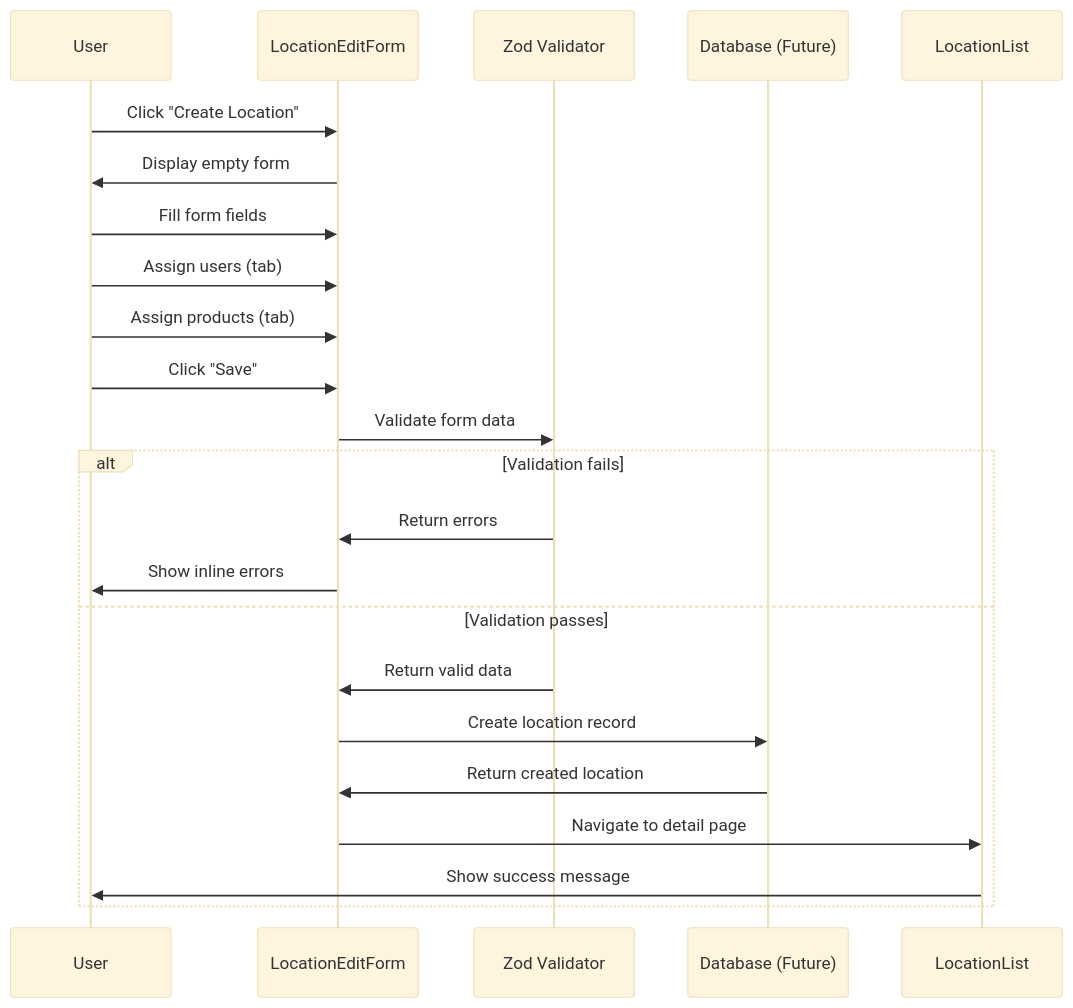
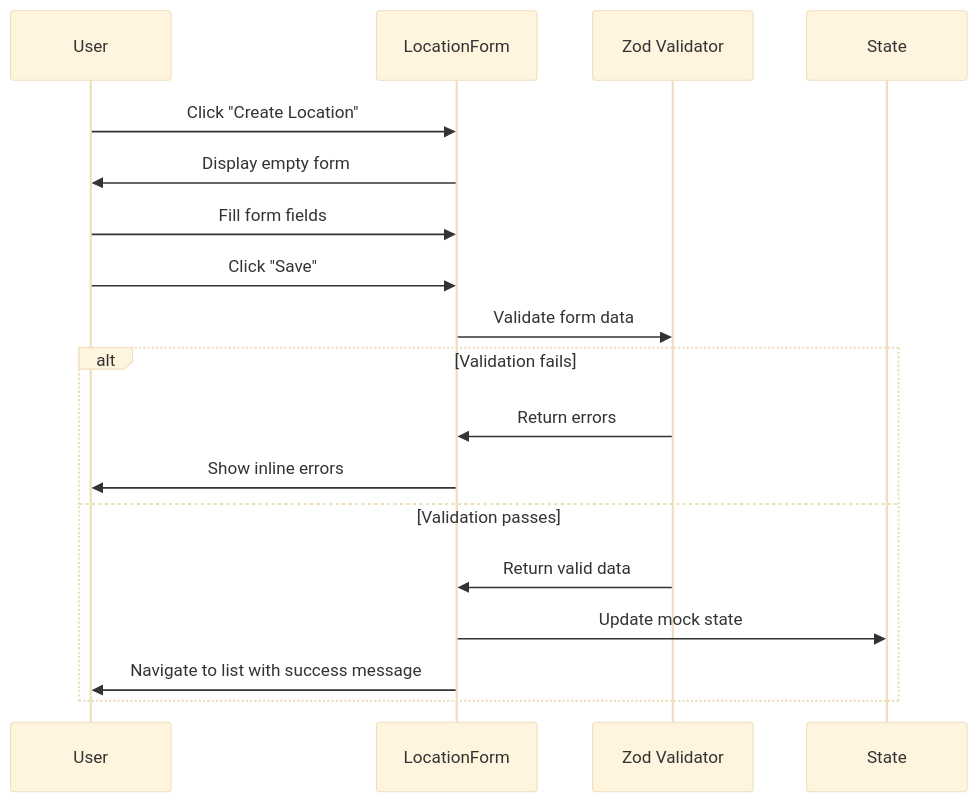
The fourth of 6 diagrams in docs/app/system-administration/location-management/TS-location-management.md (CarmenSoftware-organization/carmen), drawn with Mermaid (base theme) before and after one commit. The commit also changed other lines of this file and 1788 other files, not shown here.

````diff
--- a/docs/app/system-administration/location-management/TS-location-management.md
+++ b/docs/app/system-administration/location-management/TS-location-management.md
@@ -394,26 +400,21 @@
 ```mermaid
 sequenceDiagram
     participant U as User
-    participant C as LocationEditForm
+    participant F as LocationForm
     participant V as Zod Validator
-    participant D as Database (Future)
-    participant L as LocationList
+    participant S as State
 
-    U->>C: Click "Create Location"
-    C->>U: Display empty form
-    U->>C: Fill form fields
-    U->>C: Assign users (tab)
-    U->>C: Assign products (tab)
-    U->>C: Click "Save"
-    C->>V: Validate form data
+    U->>F: Click "Create Location"
+    F->>U: Display empty form
+    U->>F: Fill form fields
+    U->>F: Click "Save"
+    F->>V: Validate form data
     alt Validation fails
-        V->>C: Return errors
-        C->>U: Show inline errors
+        V->>F: Return errors
+        F->>U: Show inline errors
     else Validation passes
-        V->>C: Return valid data
-        C->>D: Create location record
-        D->>C: Return created location
-        C->>L: Navigate to detail page
-        L->>U: Show success message
+        V->>F: Return valid data
+        F->>S: Update mock state
+        F->>U: Navigate to list with success message
     end
 ```
````
